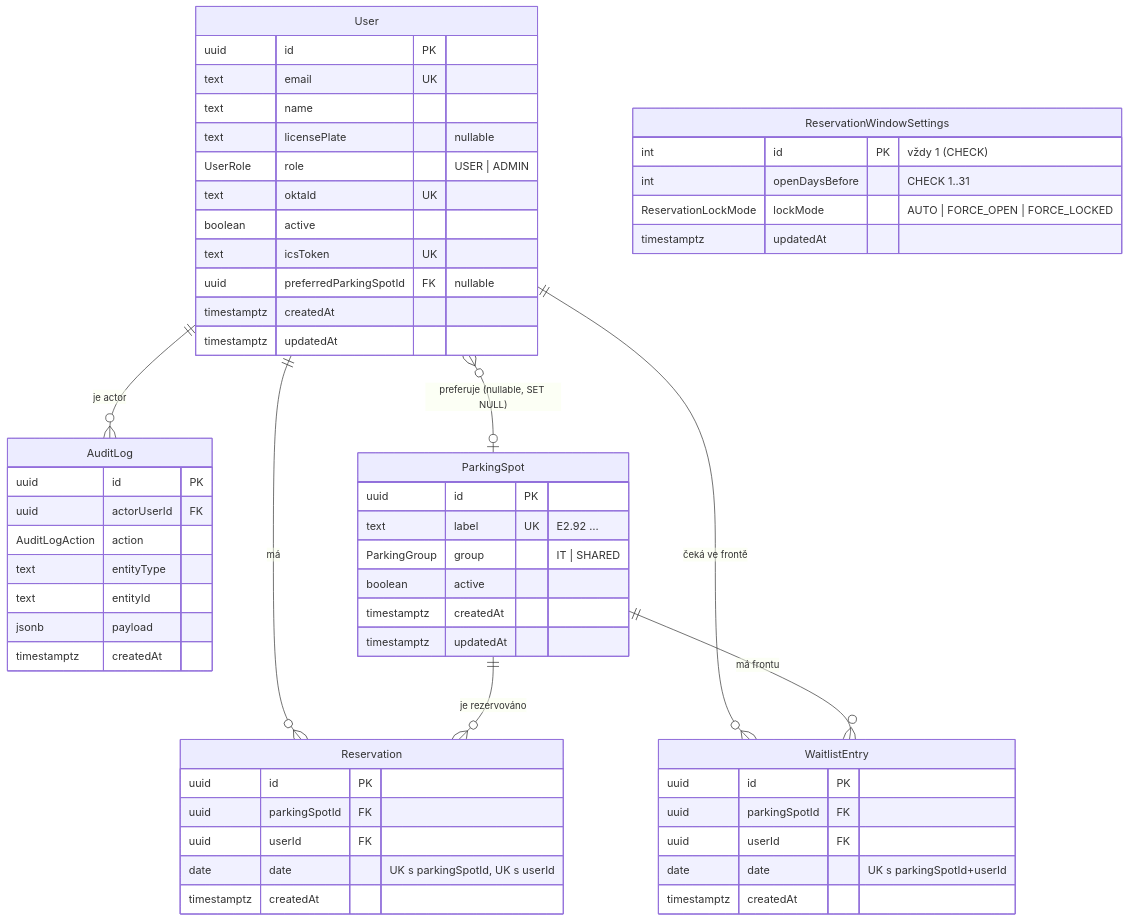
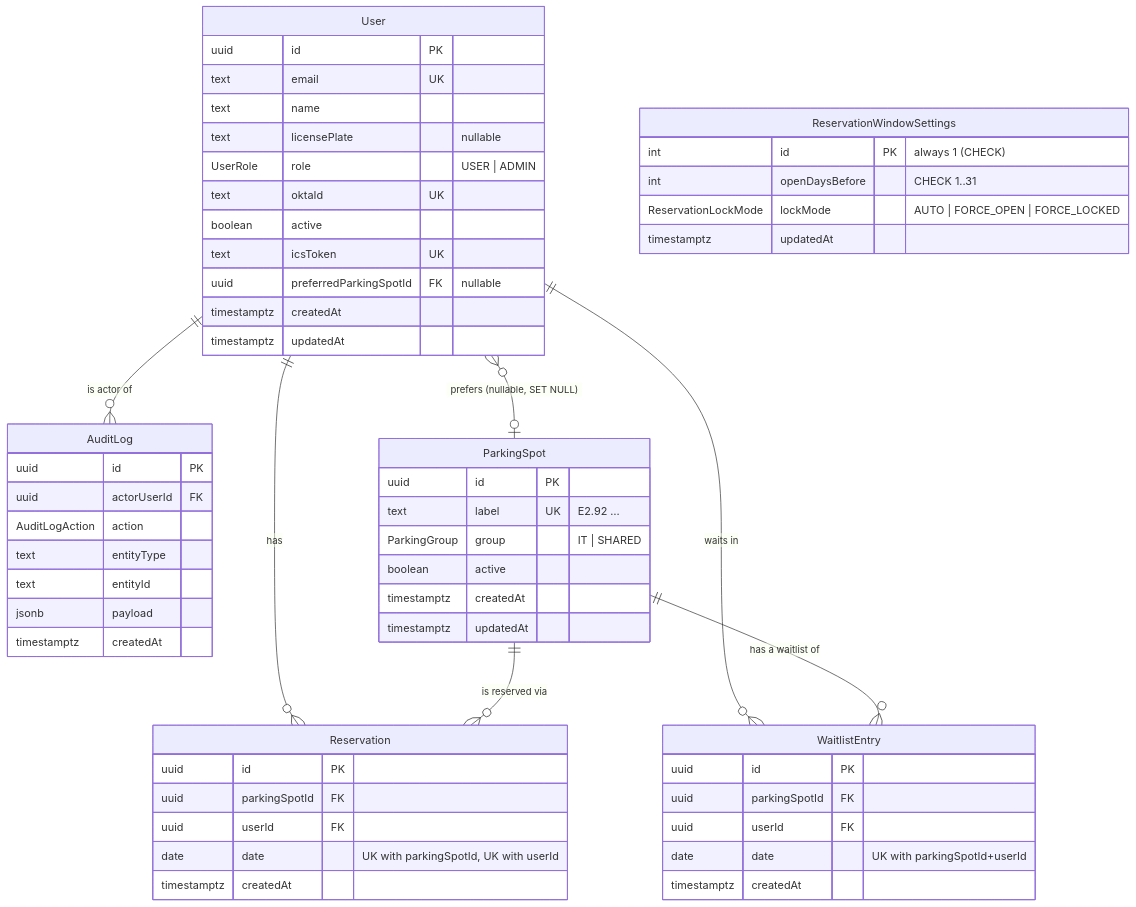
Before and after one commit to ZibbyKarel/lets-park: the diagram in doc/database.md, drawn with Mermaid. The commit also changed other lines of this file, not shown here.

````diff
--- a/doc/database.md
+++ b/doc/database.md
@@ -34,65 +37,65 @@
 ```mermaid
 erDiagram
-    User ||--o{ Reservation : "má"
-    User ||--o{ WaitlistEntry : "čeká ve frontě"
-    User ||--o{ AuditLog : "je actor"
-    User }o--o| ParkingSpot : "preferuje (nullable, SET NULL)"
-    ParkingSpot ||--o{ Reservation : "je rezervováno"
-    ParkingSpot ||--o{ WaitlistEntry : "má frontu"
+    User ||--o{ Reservation : "has"
+    User ||--o{ WaitlistEntry : "waits in"
+    User ||--o{ AuditLog : "is actor of"
+    User }o--o| ParkingSpot : "prefers (nullable, SET NULL)"
+    ParkingSpot ||--o{ Reservation : "is reserved via"
+    ParkingSpot ||--o{ WaitlistEntry : "has a waitlist of"
 
     User {
         uuid id PK
         text email UK
         text name
         text licensePlate "nullable"
         UserRole role "USER | ADMIN"
         text oktaId UK
         boolean active
         text icsToken UK
         uuid preferredParkingSpotId FK "nullable"
         timestamptz createdAt
         timestamptz updatedAt
     }
 
     ParkingSpot {
         uuid id PK
         text label UK "E2.92 …"
         ParkingGroup group "IT | SHARED"
         boolean active
         timestamptz createdAt
         timestamptz updatedAt
     }
 
     Reservation {
         uuid id PK
         uuid parkingSpotId FK
         uuid userId FK
-        date date "UK s parkingSpotId, UK s userId"
+        date date "UK with parkingSpotId, UK with userId"
         timestamptz createdAt
     }
 
     WaitlistEntry {
         uuid id PK
         uuid parkingSpotId FK
         uuid userId FK
-        date date "UK s parkingSpotId+userId"
+        date date "UK with parkingSpotId+userId"
         timestamptz createdAt
     }
 
     AuditLog {
         uuid id PK
         uuid actorUserId FK
         AuditLogAction action
         text entityType
         text entityId
         jsonb payload
         timestamptz createdAt
     }
 
     ReservationWindowSettings {
-        int id PK "vždy 1 (CHECK)"
+        int id PK "always 1 (CHECK)"
         int openDaysBefore "CHECK 1..31"
         ReservationLockMode lockMode "AUTO | FORCE_OPEN | FORCE_LOCKED"
         timestamptz updatedAt
     }
 ```
````
